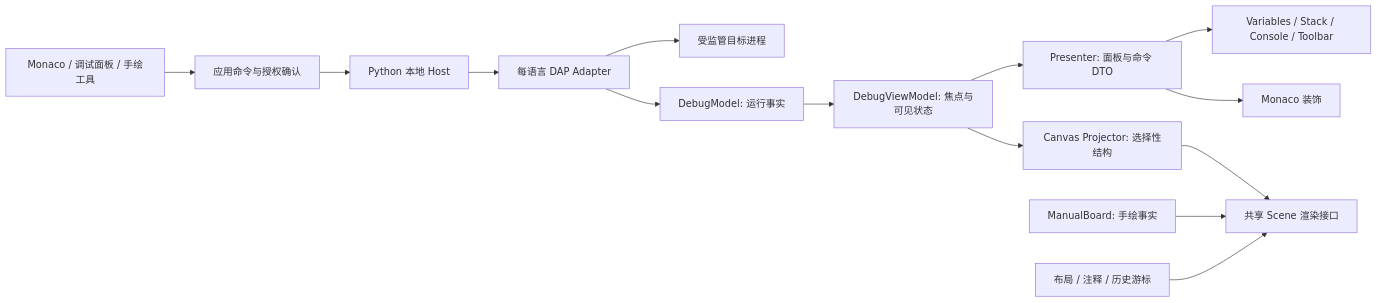
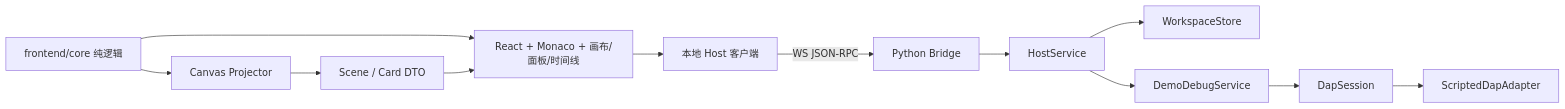
The diagram in docs/architecture.md (qi001007/thinking-canvas-studio), drawn with Mermaid before and after one commit. The commit also changed other lines of this file and 122 other files, not shown here.

First line of the commit message:
feat: build runnable studio base with scripted DAP demo

````diff
--- a/docs/architecture.md
+++ b/docs/architecture.md
@@ -17,16 +7,14 @@
 ```mermaid
 flowchart LR
-  UI[Monaco / 调试面板 / 手绘工具] --> Commands[应用命令与授权确认]
-  Commands --> Broker[Python 本地 Host]
-  Broker --> Adapter[每语言 DAP Adapter]
-  Adapter --> Target[受监管目标进程]
-  Adapter --> Model[DebugModel: 运行事实]
-  Model --> View[DebugViewModel: 焦点与可见状态]
-  View --> Presenter[Presenter: 面板与命令 DTO]
-  View --> Projector[Canvas Projector: 选择性结构]
-  Presenter --> Panels[Variables / Stack / Console / Toolbar]
-  Presenter --> Editor[Monaco 装饰]
-  Projector --> Scene[共享 Scene 渲染接口]
-  Manual[ManualBoard: 手绘事实] --> Scene
-  Layout[布局 / 注释 / 历史游标] --> Scene
+  UI[React + Monaco + 画布/面板/时间线] --> HOST[本地 Host 客户端]
+  HOST -->|WS JSON-RPC| BRIDGE[Python Bridge]
+  BRIDGE --> SERVICE[HostService]
+  SERVICE --> WS[WorkspaceStore]
+  SERVICE --> DEBUG[DemoDebugService]
+  DEBUG --> DAP[DapSession]
+  DAP --> ADAPTER[ScriptedDapAdapter]
+  CORE[frontend/core 纯逻辑] --> UI
+  SCENE[Scene / Card DTO] --> UI
+  PROJECTOR[Canvas Projector] --> SCENE
+  CORE --> PROJECTOR
 ```
````
